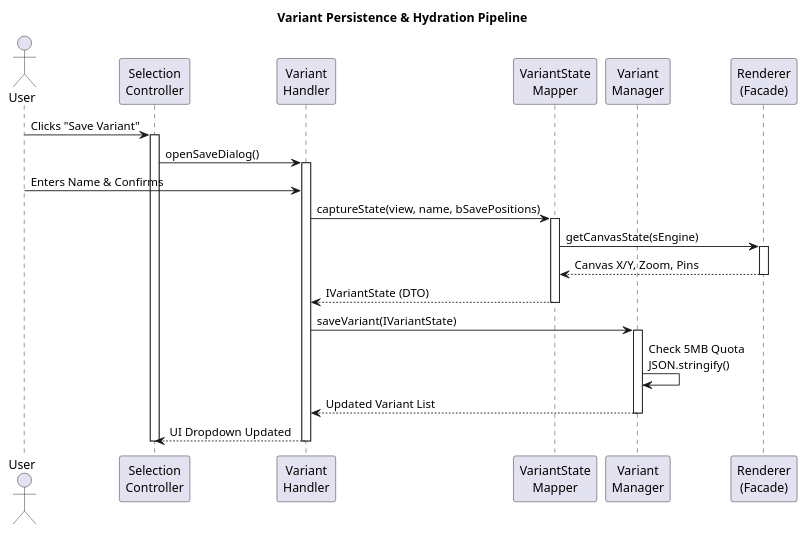
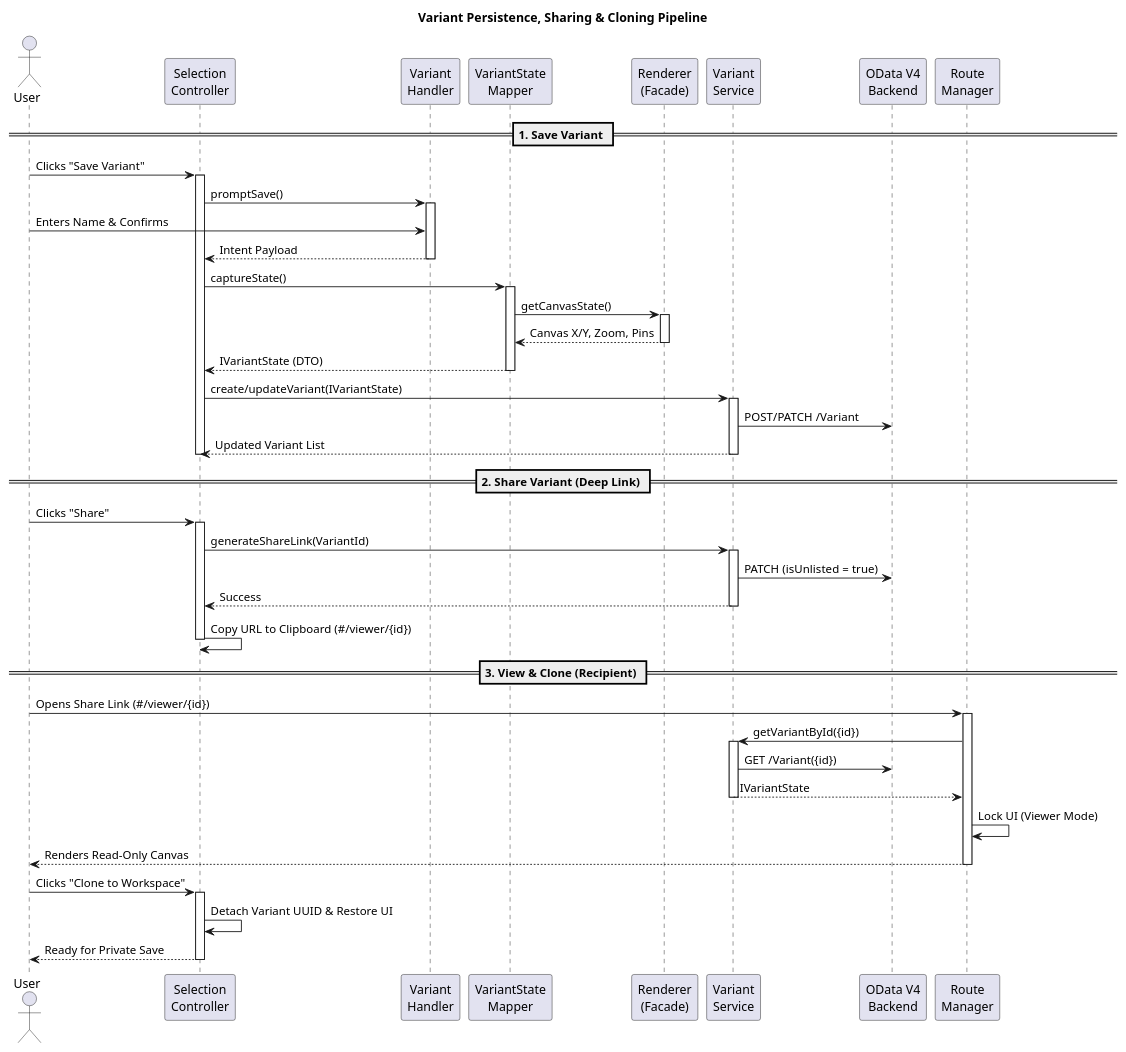
One commit to SiliconStreetDev1/abap-vdm-cds-diagram-ui changed the diagram in design/variant_persistence_pipeline.puml. Above: the diagram before and after it, drawn with PlantUML. The commit also changed 45 other files, not shown here.

```diff
--- a/design/variant_persistence_pipeline.puml
+++ b/design/variant_persistence_pipeline.puml
@@ -1,38 +1,70 @@
 @startuml
-title Variant Persistence & Hydration Pipeline
+title Variant Persistence, Sharing & Cloning Pipeline
 
 skinparam handwritten false
 skinparam responseMessageBelowArrow true
 
 actor User
 participant "Selection\nController" as Ctrl
 participant "Variant\nHandler" as VHandler
 participant "VariantState\nMapper" as Mapper
-participant "Variant\nManager" as Storage
 participant "Renderer\n(Facade)" as Renderer
+participant "Variant\nService" as Service
+participant "OData V4\nBackend" as Backend
+participant "Route\nManager" as Router
 
+== 1. Save Variant ==
 User -> Ctrl : Clicks "Save Variant"
 activate Ctrl
-Ctrl -> VHandler : openSaveDialog()
+Ctrl -> VHandler : promptSave()
 activate VHandler
 User -> VHandler : Enters Name & Confirms
-VHandler -> Mapper : captureState(view, name, bSavePositions)
+VHandler --> Ctrl : Intent Payload
+deactivate VHandler
+
+Ctrl -> Mapper : captureState()
 activate Mapper
-Mapper -> Renderer : getCanvasState(sEngine)
+Mapper -> Renderer : getCanvasState()
 activate Renderer
 Renderer --> Mapper : Canvas X/Y, Zoom, Pins
 deactivate Renderer
-Mapper --> VHandler : IVariantState (DTO)
+Mapper --> Ctrl : IVariantState (DTO)
 deactivate Mapper
 
-VHandler -> Storage : saveVariant(IVariantState)
-activate Storage
-Storage -> Storage : Check 5MB Quota\nJSON.stringify()
-Storage --> VHandler : Updated Variant List
-deactivate Storage
+Ctrl -> Service : create/updateVariant(IVariantState)
+activate Service
+Service -> Backend : POST/PATCH /Variant
+Service --> Ctrl : Updated Variant List
+deactivate Service
+deactivate Ctrl
 
-VHandler --> Ctrl : UI Dropdown Updated
-deactivate VHandler
+== 2. Share Variant (Deep Link) ==
+User -> Ctrl : Clicks "Share"
+activate Ctrl
+Ctrl -> Service : generateShareLink(VariantId)
+activate Service
+Service -> Backend : PATCH (isUnlisted = true)
+Service --> Ctrl : Success
+deactivate Service
+Ctrl -> Ctrl : Copy URL to Clipboard (#/viewer/{id})
+deactivate Ctrl
+
+== 3. View & Clone (Recipient) ==
+User -> Router : Opens Share Link (#/viewer/{id})
+activate Router
+Router -> Service : getVariantById({id})
+activate Service
+Service -> Backend : GET /Variant({id})
+Service --> Router : IVariantState
+deactivate Service
+Router -> Router : Lock UI (Viewer Mode)
+Router --> User : Renders Read-Only Canvas
+deactivate Router
+
+User -> Ctrl : Clicks "Clone to Workspace"
+activate Ctrl
+Ctrl -> Ctrl : Detach Variant UUID & Restore UI
+Ctrl --> User : Ready for Private Save
 deactivate Ctrl
 
 @enduml
```
